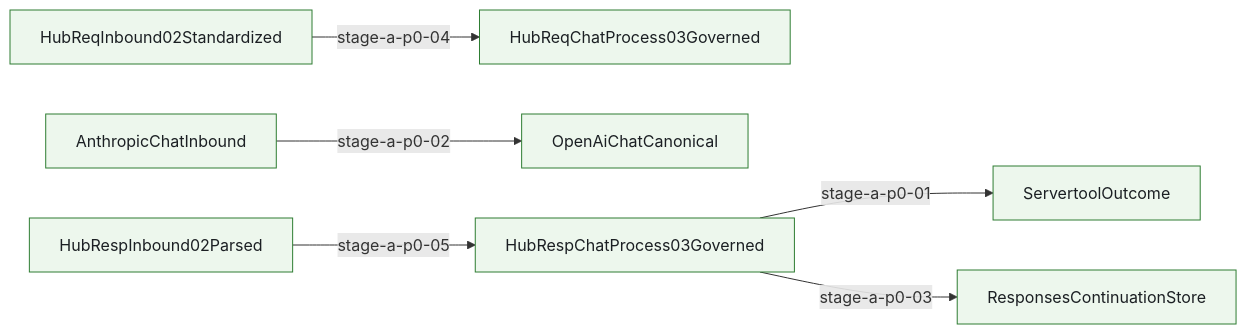
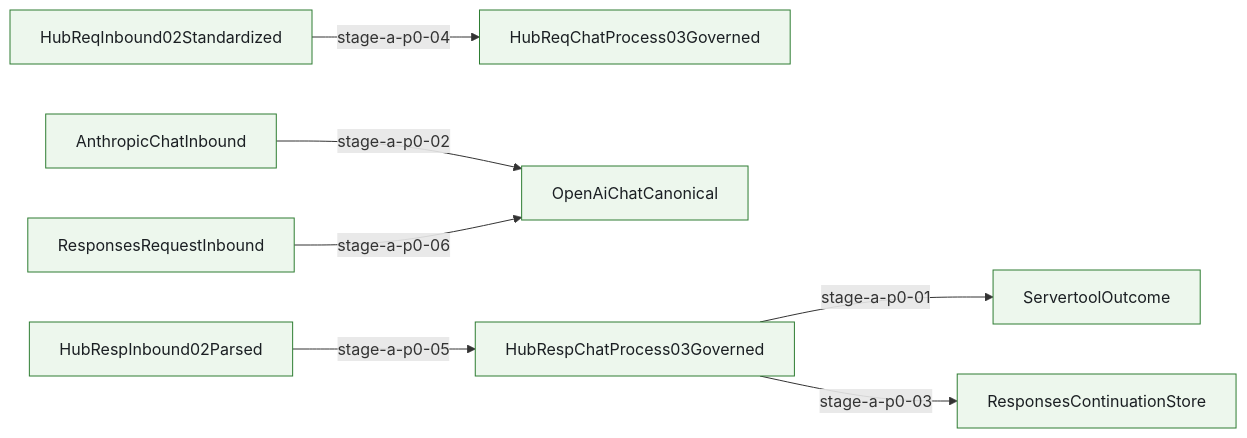
One commit to Jasonzhangf/routecodex changed diagram 18 of 18 in docs/architecture/wiki/mainline-call-graph.md. Above: the diagram before and after it, drawn with Mermaid. The commit also changed other lines of this file and 48 other files, not shown here.

````diff
--- a/docs/architecture/wiki/mainline-call-graph.md
+++ b/docs/architecture/wiki/mainline-call-graph.md
@@ -696,27 +696,30 @@
 ```mermaid
 flowchart LR
+  ResponsesRequestInbound["ResponsesRequestInbound"]
   HubRespInbound02Parsed["HubRespInbound02Parsed"]
   HubReqChatProcess03Governed["HubReqChatProcess03Governed"]
   HubReqInbound02Standardized["HubReqInbound02Standardized"]
   ResponsesContinuationStore["ResponsesContinuationStore"]
   OpenAiChatCanonical["OpenAiChatCanonical"]
   AnthropicChatInbound["AnthropicChatInbound"]
   ServertoolOutcome["ServertoolOutcome"]
   HubRespChatProcess03Governed["HubRespChatProcess03Governed"]
   HubRespChatProcess03Governed -->|stage-a-p0-01| ServertoolOutcome
   AnthropicChatInbound -->|stage-a-p0-02| OpenAiChatCanonical
   HubRespChatProcess03Governed -->|stage-a-p0-03| ResponsesContinuationStore
   HubReqInbound02Standardized -->|stage-a-p0-04| HubReqChatProcess03Governed
   HubRespInbound02Parsed -->|stage-a-p0-05| HubRespChatProcess03Governed
+  ResponsesRequestInbound -->|stage-a-p0-06| OpenAiChatCanonical
   classDef anchored fill:#edf7ed,stroke:#2e7d32,stroke-width:1px,color:#1b1f23;
   classDef partial fill:#fff7e6,stroke:#b26a00,stroke-width:1px,color:#1b1f23;
   classDef pending fill:#f4f4f5,stroke:#6b7280,stroke-width:1px,stroke-dasharray: 5 5,color:#1b1f23;
   class HubRespChatProcess03Governed anchored;
   class ServertoolOutcome anchored;
   class AnthropicChatInbound anchored;
   class OpenAiChatCanonical anchored;
   class ResponsesContinuationStore anchored;
   class HubReqInbound02Standardized anchored;
   class HubReqChatProcess03Governed anchored;
   class HubRespInbound02Parsed anchored;
+  class ResponsesRequestInbound anchored;
 ```
````
